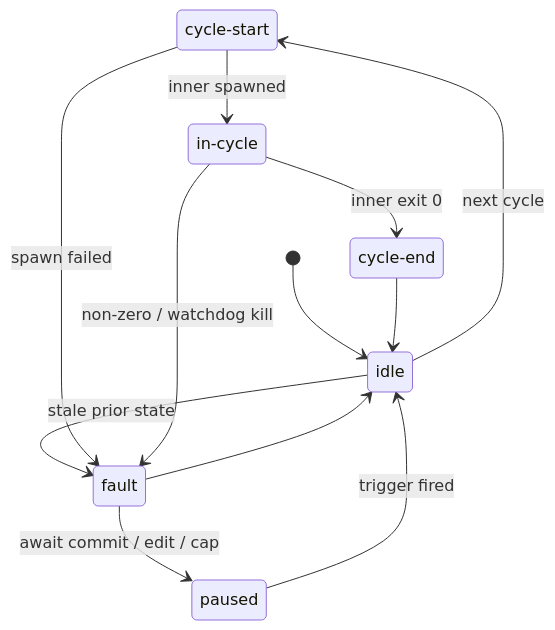
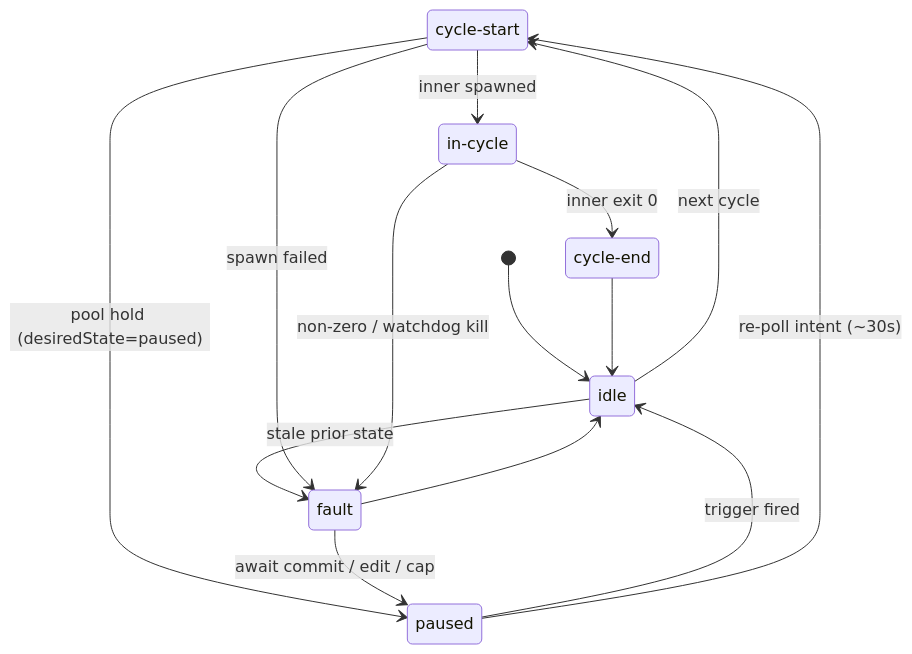
One commit to alissonsol/yuruna changed the first of 2 diagrams in docs/design/04-lifecycle-state.md. Above: the diagram before and after it, drawn with Mermaid. The commit also changed other lines of this file and 502 other files, not shown here.

````diff
--- a/docs/design/04-lifecycle-state.md
+++ b/docs/design/04-lifecycle-state.md
@@ -15,17 +15,19 @@
 ```mermaid
 stateDiagram-v2
     state "cycle-start" as cycle_start
     state "in-cycle" as in_cycle
     state "cycle-end" as cycle_end
     [*] --> idle
     idle --> cycle_start : next cycle
     idle --> fault : stale prior state
     cycle_start --> in_cycle : inner spawned
     cycle_start --> fault : spawn failed
+    cycle_start --> paused : pool hold (desiredState=paused)
     in_cycle --> cycle_end : inner exit 0
     in_cycle --> fault : non-zero / watchdog kill
     cycle_end --> idle
     fault --> paused : await commit / edit / cap
     fault --> idle
     paused --> idle : trigger fired
+    paused --> cycle_start : re-poll intent (~30s)
 ```
````
